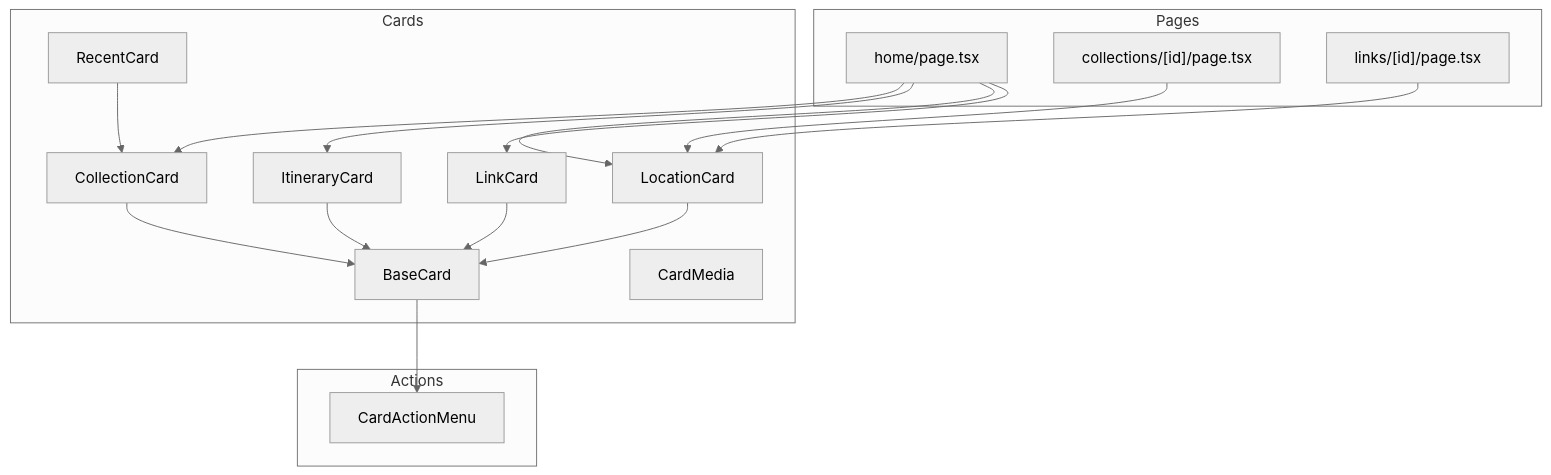
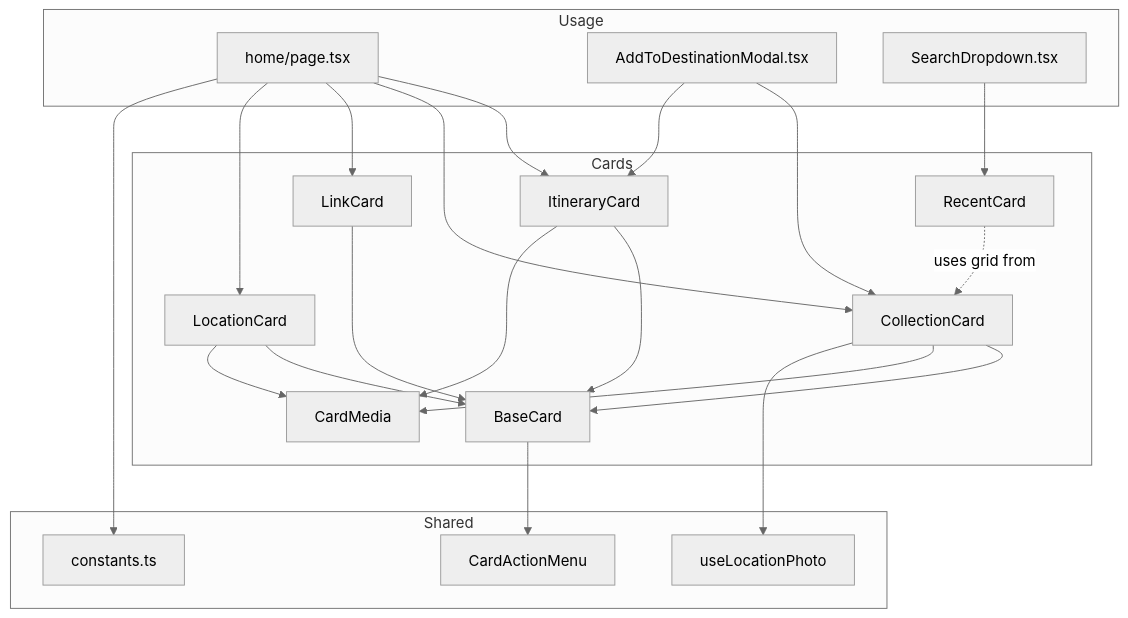
One commit to Meaetin/alibaba-hackathon changed the first of 5 diagrams in .qoder/repowiki/en/content/Component Library/Card Components.md. Above: the diagram before and after it, drawn with Mermaid (neutral theme). The commit also changed other lines of this file and 241 other files, not shown here.

````diff
--- a/.qoder/repowiki/en/content/Component Library/Card Components.md
+++ b/.qoder/repowiki/en/content/Component Library/Card Components.md
@@ -43,32 +46,40 @@
 ```mermaid
 graph TB
 subgraph "Cards"
 BC["BaseCard"]
 CM["CardMedia"]
+IC["ItineraryCard"]
 CC["CollectionCard"]
-IC["ItineraryCard"]
-LC["LocationCard"]
-LKC["LinkCard"]
+LC["LinkCard"]
+LOC["LocationCard"]
 RC["RecentCard"]
 end
-subgraph "Actions"
+subgraph "Shared"
 CAM["CardActionMenu"]
+ULPH["useLocationPhoto"]
+CONS["constants.ts"]
 end
-subgraph "Pages"
+subgraph "Usage"
 HOME["home/page.tsx"]
-COL["collections/[id]/page.tsx"]
-LINKS["links/[id]/page.tsx"]
+ADM["AddToDestinationModal.tsx"]
+SD["SearchDropdown.tsx"]
 end
+IC --> BC
 CC --> BC
-IC --> BC
 LC --> BC
-LKC --> BC
-RC --> CC
+LOC --> BC
+RC -.->|uses grid from| CC
 BC --> CAM
+CC --> CM
+IC --> CM
+LOC --> CM
+CC --> ULPH
+HOME --> IC
 HOME --> CC
-HOME --> IC
 HOME --> LC
-HOME --> LKC
-COL --> LC
-LINKS --> LC
+HOME --> LOC
+ADM --> CC
+ADM --> IC
+SD --> RC
+HOME --> CONS
 ```
````
